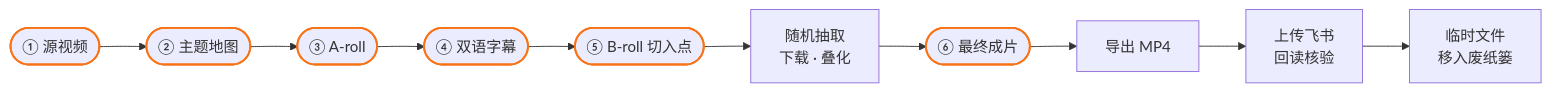
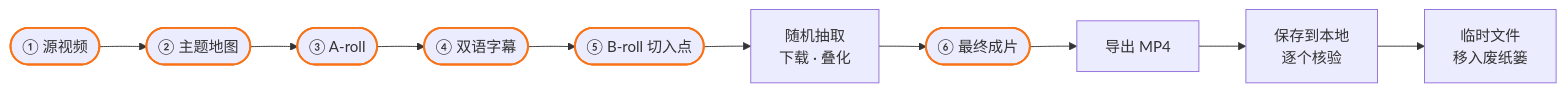
The diagram in README.md (issgy/chatcut-bilingual-speech), drawn with Mermaid before and after one commit. The commit also changed other lines of this file and 5 other files, not shown here.

````diff
--- a/README.md
+++ b/README.md
@@ -130,14 +130,14 @@
 ```mermaid
 flowchart LR
   A([① 源视频]) --> B([② 主题地图])
   B --> C([③ A-roll])
   C --> D([④ 双语字幕])
   D --> E([⑤ B-roll 切入点])
   E --> F[随机抽取<br>下载 · 叠化]
   F --> G([⑥ 最终成片])
   G --> H[导出 MP4]
-  H --> I[上传飞书<br>回读核验]
+  H --> I[保存到本地<br>逐个核验]
   I --> J[临时文件<br>移入废纸篓]
   classDef gate stroke:#f97316,stroke-width:2px
   class A,B,C,D,E,G gate
 ```
````
